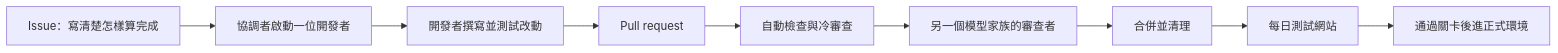
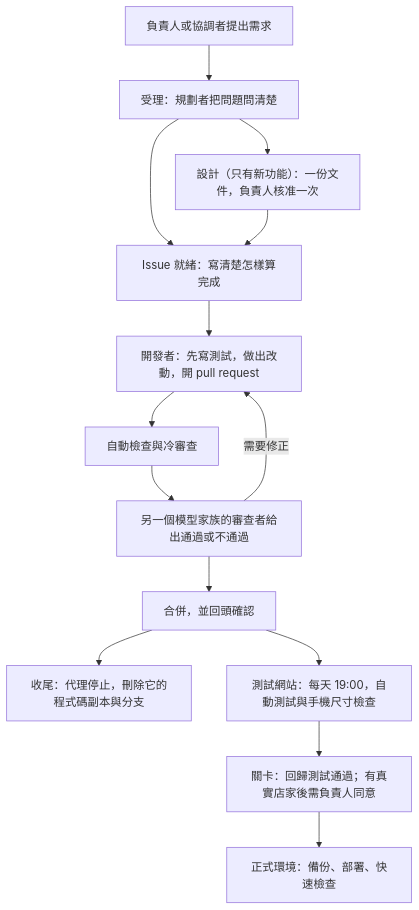
The diagram in README.zh-TW.md (mingster/dotfiles), drawn with Mermaid before and after one commit. The commit also changed other lines of this file and 1 other file, not shown here.

Commit message:
docs(readme): restore the Targets table and the top-down flow chart

````diff
--- a/README.zh-TW.md
+++ b/README.zh-TW.md
@@ -46,11 +62,14 @@
 ```mermaid
-flowchart LR
-    Issue["Issue：寫清楚怎樣算完成"] --> Start["協調者啟動一位開發者"]
-    Start --> Build["開發者撰寫並測試改動"]
-    Build --> PR["Pull request"]
-    PR --> Check["自動檢查與冷審查"]
-    Check --> Verdict["另一個模型家族的審查者"]
-    Verdict --> Merge["合併並清理"]
-    Merge --> Staging["每日測試網站"]
-    Staging --> Prod["通過關卡後進正式環境"]
+flowchart TD
+    Req["負責人或協調者提出需求"] --> Intake["受理：規劃者把問題問清楚"]
+    Intake --> Design["設計（只有新功能）：一份文件，負責人核准一次"]
+    Intake & Design --> Ready["Issue 就緒：寫清楚怎樣算完成"]
+    Ready --> Build["開發者：先寫測試，做出改動，開 pull request"]
+    Build --> Checks["自動檢查與冷審查"]
+    Checks --> Verdict["另一個模型家族的審查者給出通過或不通過"]
+    Verdict -->|"需要修正"| Build
+    Verdict --> Ship["合併，並回頭確認"]
+    Ship --> Wrap["收尾：代理停止，刪除它的程式碼副本與分支"]
+    Ship --> Staging["測試網站：每天 19:00，自動測試與手機尺寸檢查"]
+    Staging --> Gates["關卡：回歸測試通過；有真實店家後需負責人同意"] --> Prod["正式環境：備份、部署、快速檢查"]
 ```
````
